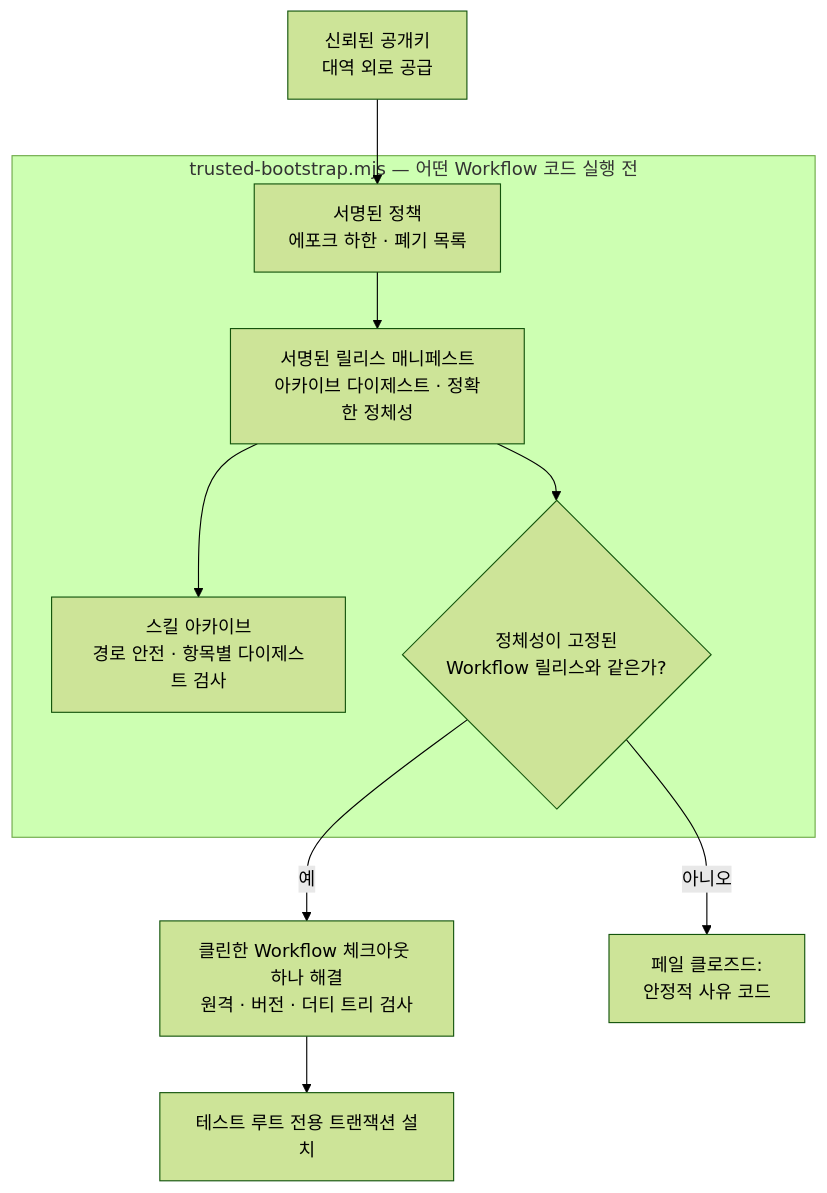
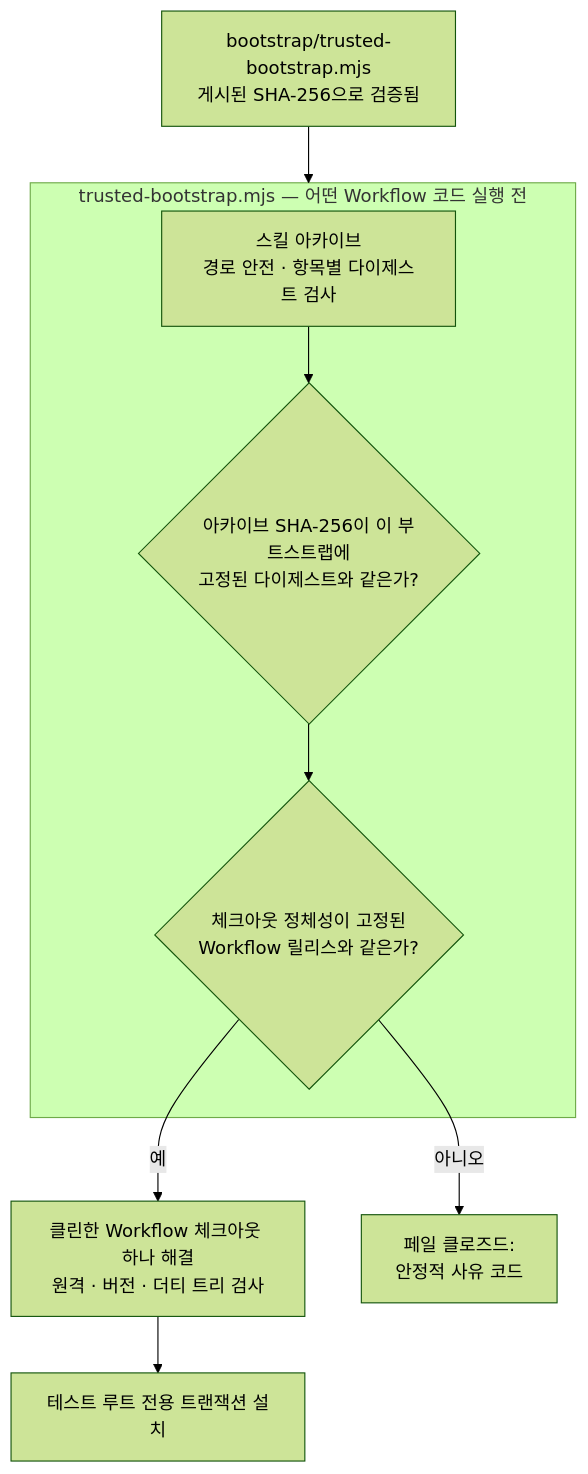
Before and after one commit to tpmoonchefryan/tcrn-workflow-helper: the diagram in README.ko.md, drawn with Mermaid (forest theme). The commit also changed other lines of this file and 23 other files, not shown here.

````diff
--- a/README.ko.md
+++ b/README.ko.md
@@ -66,12 +72,11 @@
 ```mermaid
 flowchart TD
-    K[신뢰된 공개키<br/>대역 외로 공급] --> P
+    K[bootstrap/trusted-bootstrap.mjs<br/>게시된 SHA-256으로 검증됨] --> Verify
     subgraph Verify["trusted-bootstrap.mjs — 어떤 Workflow 코드 실행 전"]
-        P[서명된 정책<br/>에포크 하한 · 폐기 목록] --> M[서명된 릴리스 매니페스트<br/>아카이브 다이제스트 · 정확한 정체성]
-        M --> A[스킬 아카이브<br/>경로 안전 · 항목별 다이제스트 검사]
-        M --> ID{정체성이 고정된<br/>Workflow 릴리스와 같은가?}
+        A[스킬 아카이브<br/>경로 안전 · 항목별 다이제스트 검사] --> D{아카이브 SHA-256이 이 부트스트랩에<br/>고정된 다이제스트와 같은가?}
+        D --> ID{체크아웃 정체성이 고정된<br/>Workflow 릴리스와 같은가?}
     end
     ID -->|예| R[클린한 Workflow 체크아웃 하나 해결<br/>원격 · 버전 · 더티 트리 검사]
     ID -->|아니오| F[페일 클로즈드:<br/>안정적 사유 코드]
     R --> T[테스트 루트 전용 트랜잭션 설치]
 ```
````
